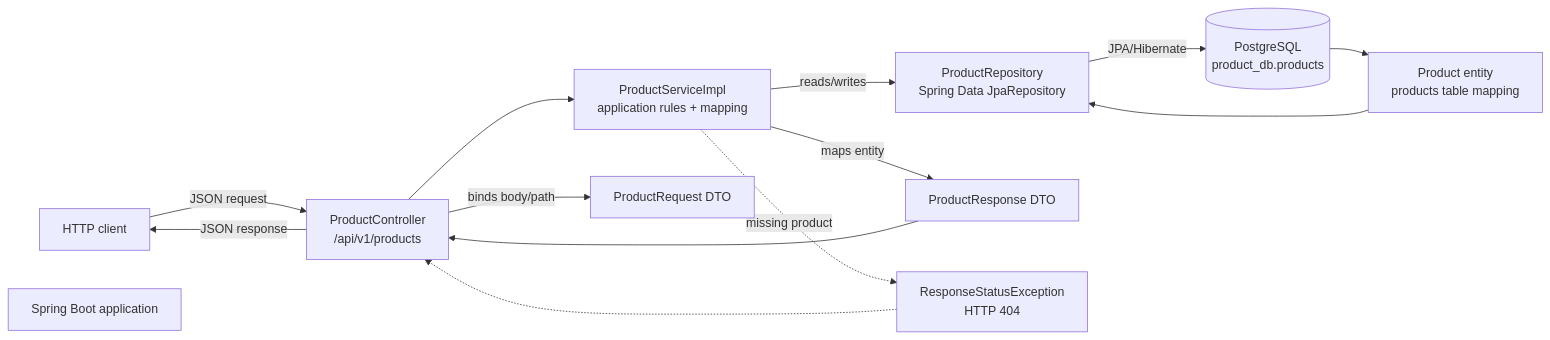
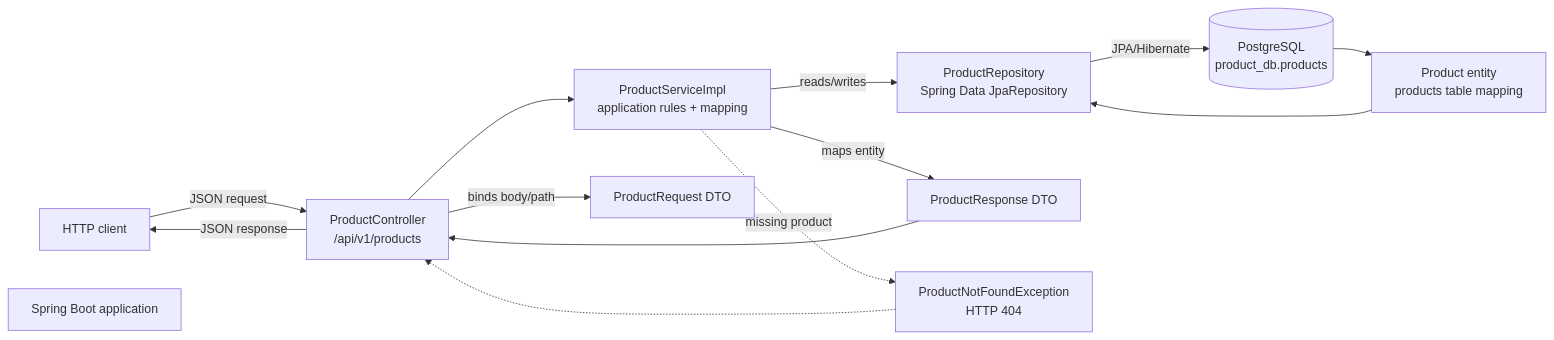
One commit to janandlead/spring-rest-api-app changed the first of 2 diagrams in README.md. Above: the diagram before and after it, drawn with Mermaid. The commit also changed other lines of this file and 14 other files, not shown here.

````diff
--- a/README.md
+++ b/README.md
@@ -9,26 +9,26 @@
 ```mermaid
 flowchart LR
     Client[HTTP client]
     App[Spring Boot application]
     Controller[ProductController\n/api/v1/products]
     Service[ProductServiceImpl\napplication rules + mapping]
     Repository[ProductRepository\nSpring Data JpaRepository]
     Database[(PostgreSQL\nproduct_db.products)]
     Request[ProductRequest DTO]
     Response[ProductResponse DTO]
     Entity[Product entity\nproducts table mapping]
-    Error[ResponseStatusException\nHTTP 404]
+    Error[ProductNotFoundException\nHTTP 404]
 
     Client -->|JSON request| Controller
     Controller -->|binds body/path| Request
     Controller --> Service
     Service -->|reads/writes| Repository
     Repository -->|JPA/Hibernate| Database
     Database --> Entity
     Entity --> Repository
     Service -->|maps entity| Response
     Response --> Controller
     Controller -->|JSON response| Client
     Service -.->|missing product| Error
     Error -.-> Controller
 ```
````
